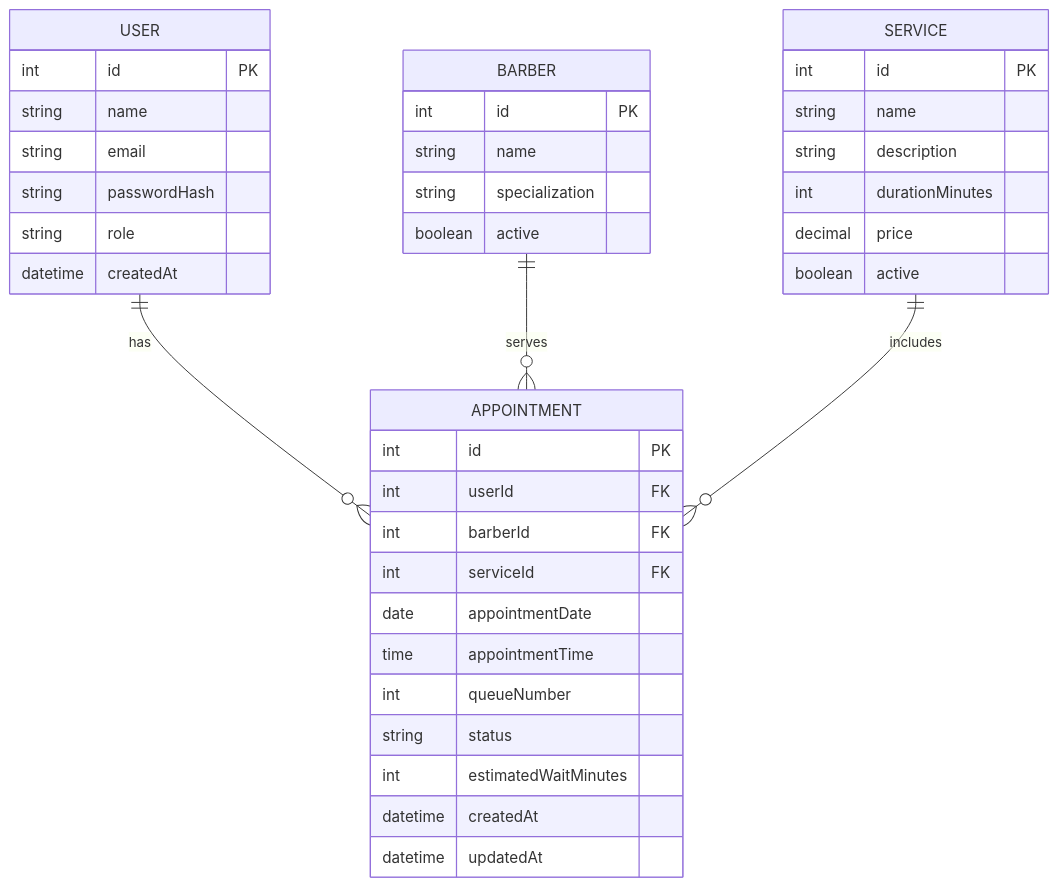
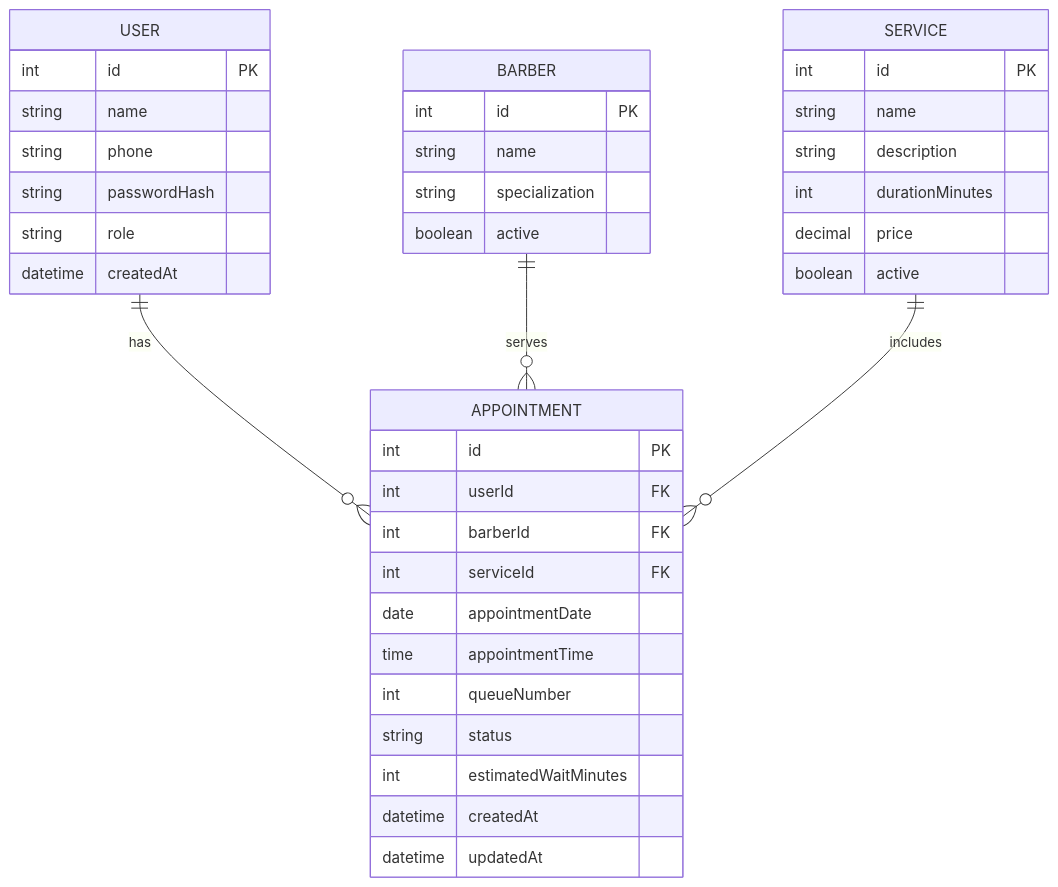
The diagram in docs/diagrams/er-diagram.mmd (ajanani416-rgb/Capstone), drawn with Mermaid before and after one commit. The commit also changed 58 other files, not shown here.

First line of the commit message:
feat(auth): replace email OTP with SMS OTP, phone becomes login identity

```diff
--- a/docs/diagrams/er-diagram.mmd
+++ b/docs/diagrams/er-diagram.mmd
@@ -1,40 +1,40 @@
 erDiagram
     USER {
         int id PK
         string name
-        string email
+        string phone
         string passwordHash
         string role
         datetime createdAt
     }
     SERVICE {
         int id PK
         string name
         string description
         int durationMinutes
         decimal price
         boolean active
     }
     BARBER {
         int id PK
         string name
         string specialization
         boolean active
     }
     APPOINTMENT {
         int id PK
         int userId FK
         int barberId FK
         int serviceId FK
         date appointmentDate
         time appointmentTime
         int queueNumber
         string status
         int estimatedWaitMinutes
         datetime createdAt
         datetime updatedAt
     }
 
     USER ||--o{ APPOINTMENT : "has"
     BARBER ||--o{ APPOINTMENT : "serves"
     SERVICE ||--o{ APPOINTMENT : "includes"
```
